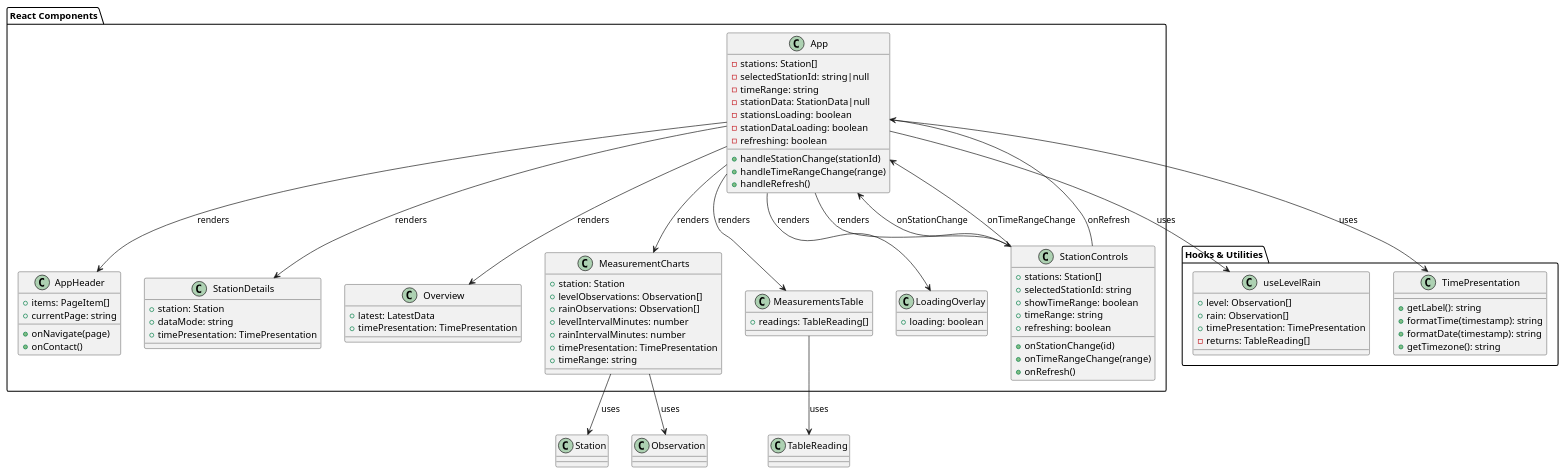
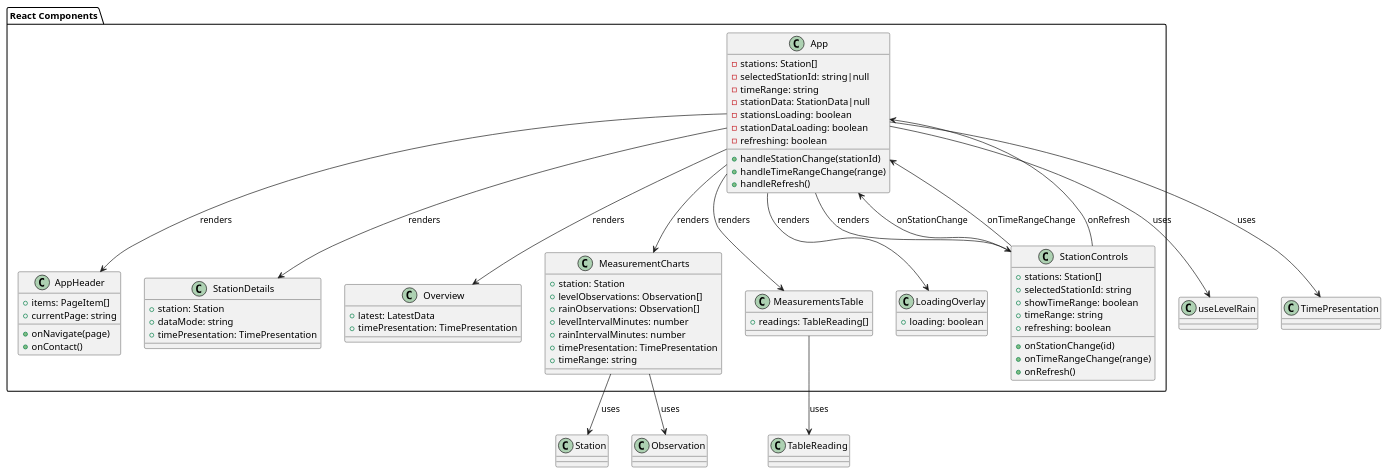
The diagram in diagrams/components-diagram.puml (silver-ward/monitoramento-hidrologico), drawn with PlantUML before and after one commit.

Commit message:
docs: remove leftover Hooks and Utilities section from components-diagram

```diff
--- a/diagrams/components-diagram.puml
+++ b/diagrams/components-diagram.puml
@@ -1,101 +1,84 @@
 @startuml React Components
 
 package "React Components" {
     class App {
         - stations: Station[]
         - selectedStationId: string|null
         - timeRange: string
         - stationData: StationData|null
         - stationsLoading: boolean
         - stationDataLoading: boolean
         - refreshing: boolean
         + handleStationChange(stationId)
         + handleTimeRangeChange(range)
         + handleRefresh()
     }
 
     class AppHeader {
         + items: PageItem[]
         + currentPage: string
         + onNavigate(page)
         + onContact()
     }
 
     class StationControls {
         + stations: Station[]
         + selectedStationId: string
         + onStationChange(id)
         + showTimeRange: boolean
         + timeRange: string
         + onTimeRangeChange(range)
         + onRefresh()
         + refreshing: boolean
     }
 
     class StationDetails {
         + station: Station
         + dataMode: string
         + timePresentation: TimePresentation
     }
 
     class Overview {
         + latest: LatestData
         + timePresentation: TimePresentation
     }
 
     class MeasurementCharts {
         + station: Station
         + levelObservations: Observation[]
         + rainObservations: Observation[]
         + levelIntervalMinutes: number
         + rainIntervalMinutes: number
         + timePresentation: TimePresentation
         + timeRange: string
     }
 
     class MeasurementsTable {
         + readings: TableReading[]
     }
 
     class LoadingOverlay {
         + loading: boolean
     }
 }
 
-package "Hooks & Utilities" {
-    class useLevelRain {
-        + level: Observation[]
-        + rain: Observation[]
-        + timePresentation: TimePresentation
-        - returns: TableReading[]
-    }
-
-    class TimePresentation {
-        + getLabel(): string
-        + formatTime(timestamp): string
-        + formatDate(timestamp): string
-        + getTimezone(): string
-    }
-}
-
 App --> useLevelRain : uses
 App --> TimePresentation : uses
 
 App --> AppHeader : renders
 App --> StationControls : renders
 App --> StationDetails : renders
 App --> Overview : renders
 App --> MeasurementCharts : renders
 App --> MeasurementsTable : renders
 App --> LoadingOverlay : renders
 
 StationControls --> App : onStationChange
 StationControls --> App : onTimeRangeChange
 StationControls --> App : onRefresh
 
 MeasurementCharts --> Station : uses
 MeasurementCharts --> Observation : uses
 MeasurementsTable --> TableReading : uses
 
-
 @enduml
```
